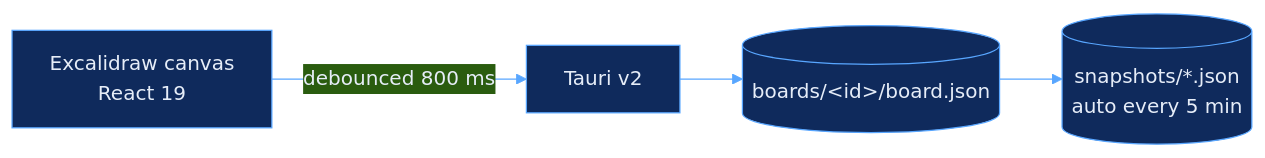
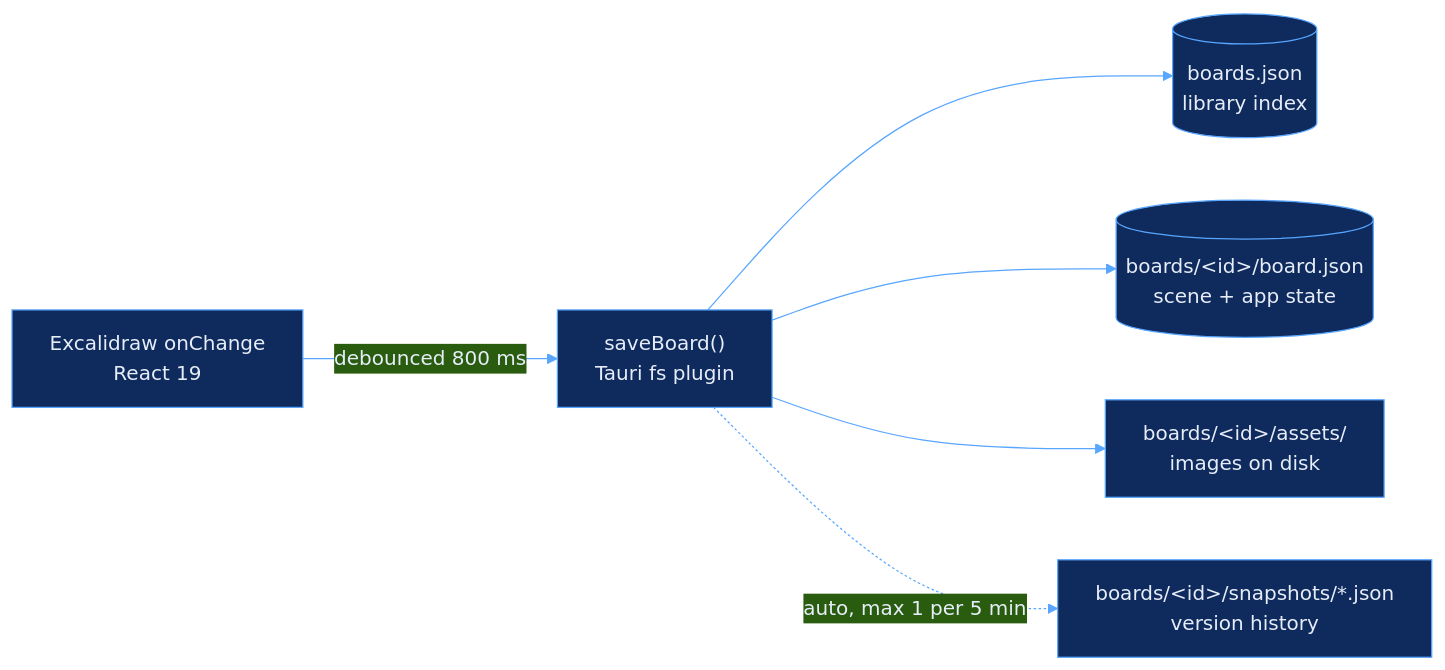
The diagram in README.md (IniEyyy/IniEyyy), drawn with Mermaid before and after one commit. The commit also changed other lines of this file, not shown here.

Commit message:
docs: fix the Canvas save diagram in the profile README

````diff
--- a/README.md
+++ b/README.md
@@ -30,7 +30,9 @@
 ```mermaid
 %%{init: {'theme':'base','themeVariables':{'primaryColor':'#0F2A5C','primaryTextColor':'#E6EDF8','primaryBorderColor':'#58A6FF','lineColor':'#58A6FF','fontFamily':'ui-monospace, monospace'}}}%%
 flowchart LR
-  A["Excalidraw canvas<br/>React 19"] -->|"debounced 800 ms"| B["Tauri v2"]
-  B --> C[("boards/&lt;id&gt;/board.json")]
-  C --> D[("snapshots/*.json<br/>auto every 5 min")]
+  A["Excalidraw onChange<br/>React 19"] -->|"debounced 800 ms"| B["saveBoard()<br/>Tauri fs plugin"]
+  B --> C[("boards.json<br/>library index")]
+  B --> D[("boards/&lt;id&gt;/board.json<br/>scene + app state")]
+  B --> E["boards/&lt;id&gt;/assets/<br/>images on disk"]
+  B -.->|"auto, max 1 per 5 min"| F["boards/&lt;id&gt;/snapshots/*.json<br/>version history"]
 ```
````
